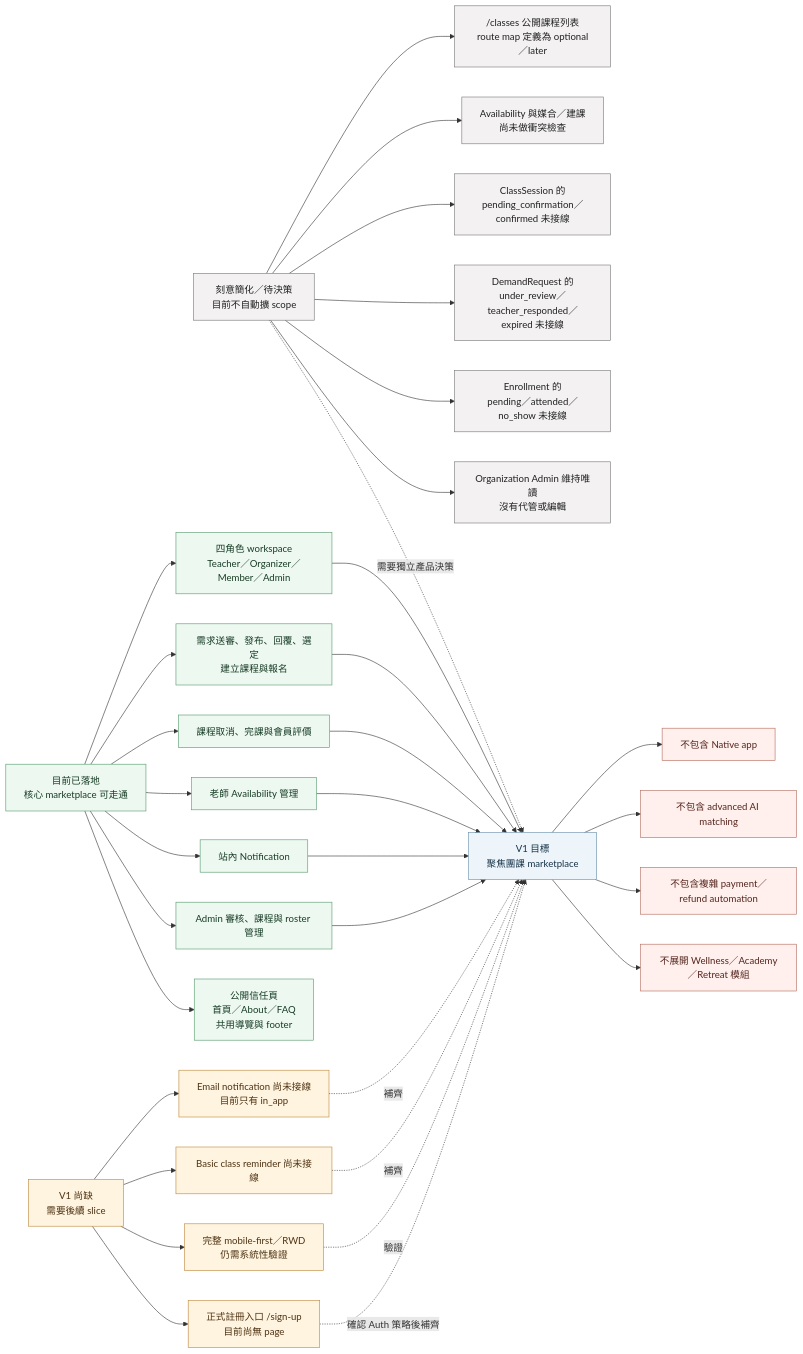
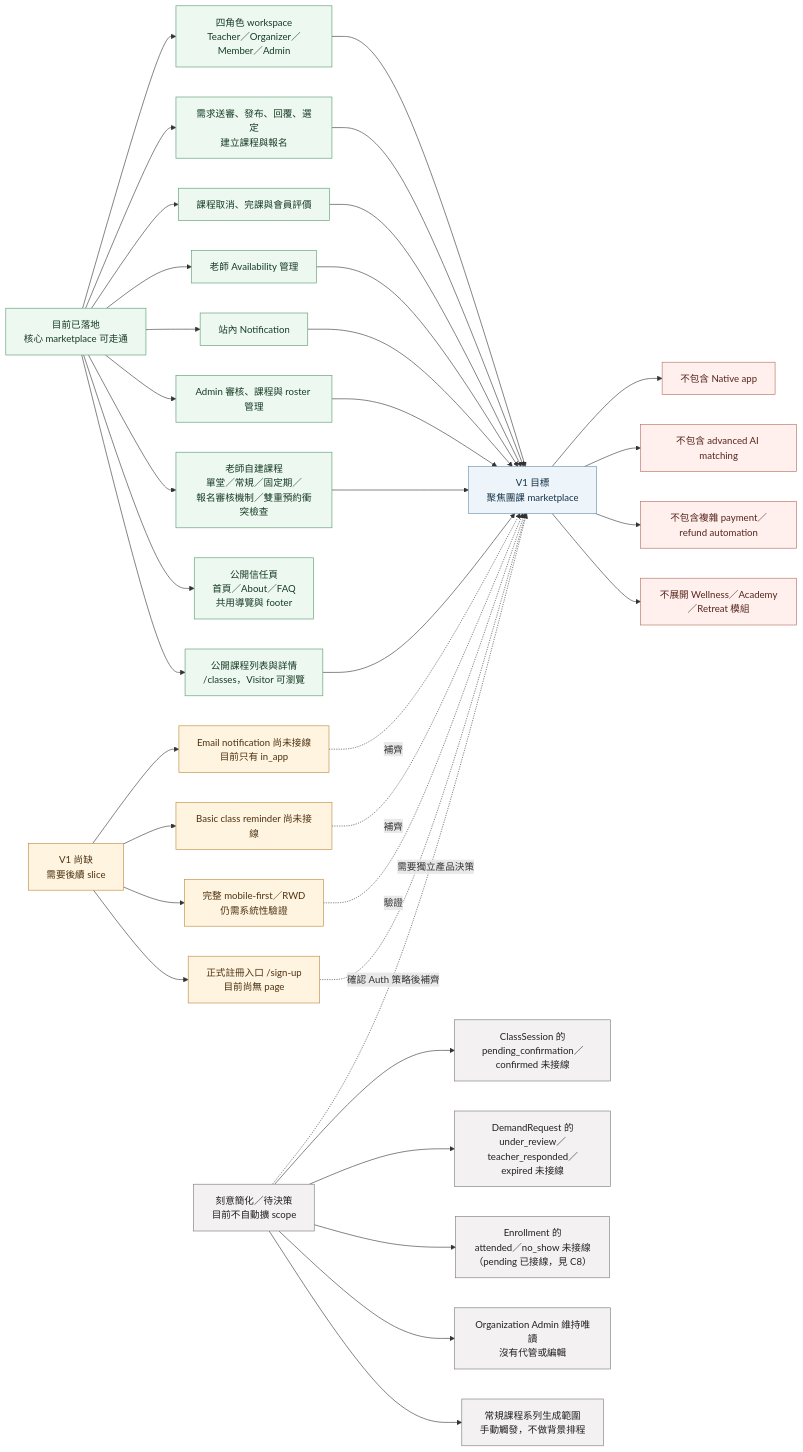
The third of 3 diagrams in docs/product/current-functional-architecture.md (fran5825/freesoar-yoga-marketplace), drawn with Mermaid before and after one commit. The commit also changed other lines of this file and 8 other files, not shown here.

````diff
--- a/docs/product/current-functional-architecture.md
+++ b/docs/product/current-functional-architecture.md
@@ -260,56 +283,59 @@
 ```mermaid
 flowchart LR
     CURRENT["目前已落地<br/>核心 marketplace 可走通"]
     GAP["V1 尚缺<br/>需要後續 slice"]
     DEFER["刻意簡化／待決策<br/>目前不自動擴 scope"]
     TARGET["V1 目標<br/>聚焦團課 marketplace"]
 
     CURRENT --> C1["四角色 workspace<br/>Teacher／Organizer／Member／Admin"]
     CURRENT --> C2["需求送審、發布、回覆、選定<br/>建立課程與報名"]
     CURRENT --> C3["課程取消、完課與會員評價"]
     CURRENT --> C4["老師 Availability 管理"]
     CURRENT --> C5["站內 Notification"]
     CURRENT --> C6["Admin 審核、課程與 roster 管理"]
     CURRENT --> C7["公開信任頁<br/>首頁／About／FAQ<br/>共用導覽與 footer"]
+    CURRENT --> C8["老師自建課程<br/>單堂／常規／固定期／<br/>報名審核機制／雙重預約衝突檢查"]
+    CURRENT --> C9["公開課程列表與詳情<br/>/classes，Visitor 可瀏覽"]
 
     GAP --> G2["Email notification 尚未接線<br/>目前只有 in_app"]
     GAP --> G3["Basic class reminder 尚未接線"]
     GAP --> G4["完整 mobile-first／RWD<br/>仍需系統性驗證"]
     GAP --> G5["正式註冊入口 /sign-up<br/>目前尚無 page"]
 
-    DEFER --> D1["/classes 公開課程列表<br/>route map 定義為 optional／later"]
-    DEFER --> D2["Availability 與媒合／建課<br/>尚未做衝突檢查"]
-    DEFER --> D3["ClassSession 的<br/>pending_confirmation／confirmed 未接線"]
-    DEFER --> D4["DemandRequest 的<br/>under_review／teacher_responded／expired 未接線"]
-    DEFER --> D5["Enrollment 的<br/>pending／attended／no_show 未接線"]
-    DEFER --> D6["Organization Admin 維持唯讀<br/>沒有代管或編輯"]
+    DEFER --> D1["ClassSession 的<br/>pending_confirmation／confirmed 未接線"]
+    DEFER --> D2["DemandRequest 的<br/>under_review／teacher_responded／expired 未接線"]
+    DEFER --> D3["Enrollment 的<br/>attended／no_show 未接線<br/>（pending 已接線，見 C8）"]
+    DEFER --> D4["Organization Admin 維持唯讀<br/>沒有代管或編輯"]
+    DEFER --> D5["常規課程系列生成範圍<br/>手動觸發，不做背景排程"]
 
     C1 --> TARGET
     C2 --> TARGET
     C3 --> TARGET
     C4 --> TARGET
     C5 --> TARGET
     C6 --> TARGET
+    C8 --> TARGET
+    C9 --> TARGET
     G2 -. "補齊" .-> TARGET
     G3 -. "補齊" .-> TARGET
     G4 -. "驗證" .-> TARGET
     G5 -. "確認 Auth 策略後補齊" .-> TARGET
     DEFER -. "需要獨立產品決策" .-> TARGET
 
     TARGET --> N1["不包含 Native app"]
     TARGET --> N2["不包含 advanced AI matching"]
     TARGET --> N3["不包含複雜 payment／refund automation"]
     TARGET --> N4["不展開 Wellness／Academy／Retreat 模組"]
 
     classDef current fill:#edf8f1,stroke:#55996d,color:#173c24
     classDef gap fill:#fff4df,stroke:#bd873b,color:#4d3213
     classDef defer fill:#f3f1f1,stroke:#777,color:#222
     classDef target fill:#edf5fb,stroke:#668eaa,color:#173448
     classDef nongoal fill:#fff0ed,stroke:#b36b5d,color:#55251d
 
-    class CURRENT,C1,C2,C3,C4,C5,C6,C7 current
+    class CURRENT,C1,C2,C3,C4,C5,C6,C7,C8,C9 current
     class GAP,G2,G3,G4,G5 gap
-    class DEFER,D1,D2,D3,D4,D5,D6 defer
+    class DEFER,D1,D2,D3,D4,D5 defer
     class TARGET target
     class N1,N2,N3,N4 nongoal
 ```
````
